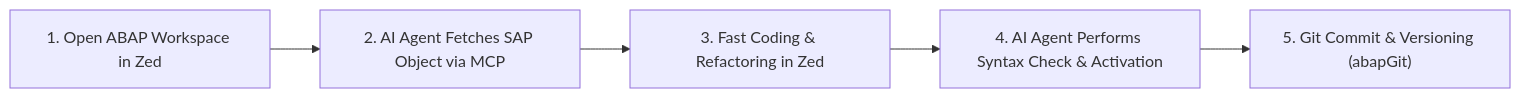
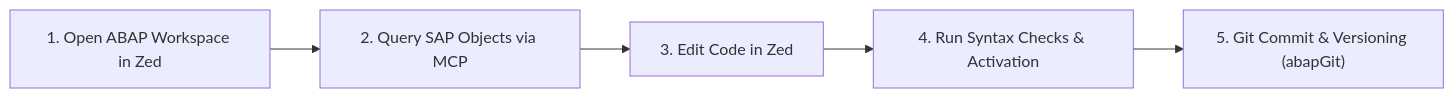
One commit to ghanda-syah/zed-ext-sap-abap changed the first of 3 diagrams in README.md. Above: the diagram before and after it, drawn with Mermaid. The commit also changed other lines of this file and 4 other files, not shown here.

````diff
--- a/README.md
+++ b/README.md
@@ -51,7 +49,7 @@
 ```mermaid
 flowchart LR
-    A["1. Open ABAP Workspace in Zed"] --> B["2. AI Agent Fetches SAP Object via MCP"]
-    B --> C["3. Fast Coding & Refactoring in Zed"]
-    C --> D["4. AI Agent Performs Syntax Check & Activation"]
+    A["1. Open ABAP Workspace in Zed"] --> B["2. Query SAP Objects via MCP"]
+    B --> C["3. Edit Code in Zed"]
+    C --> D["4. Run Syntax Checks & Activation"]
     D --> E["5. Git Commit & Versioning (abapGit)"]
 ```
````
